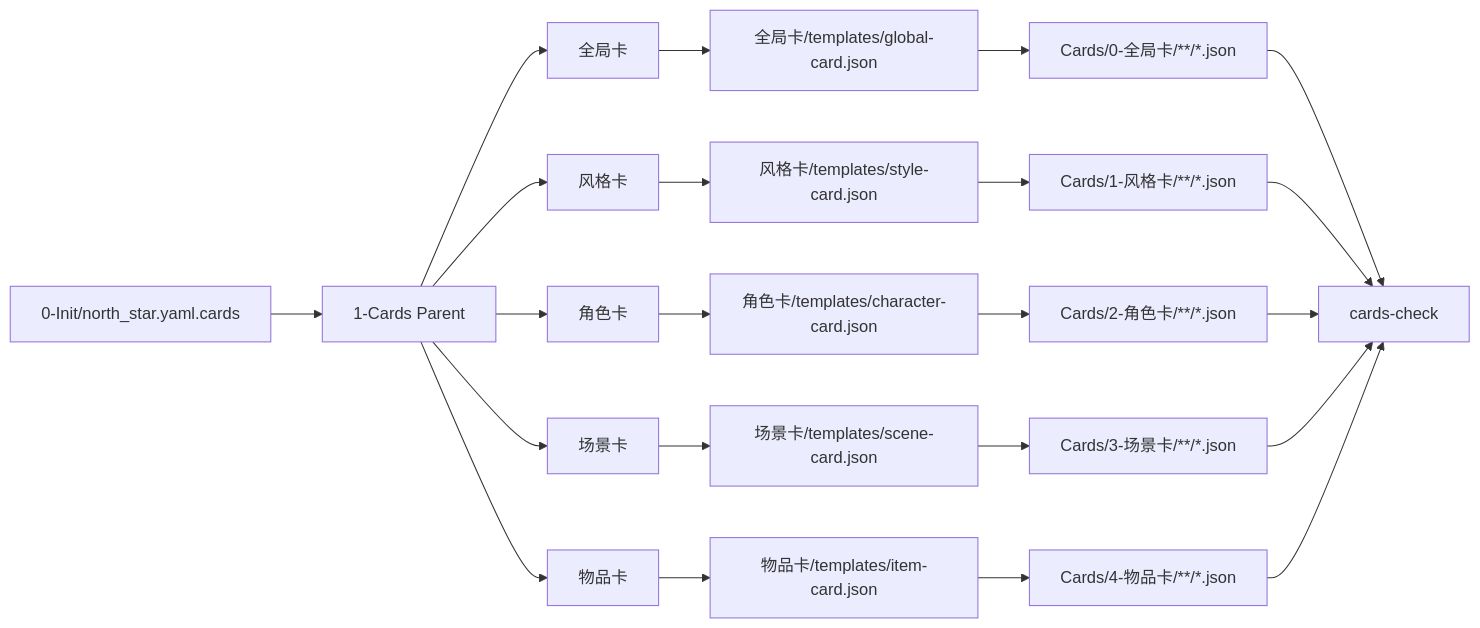
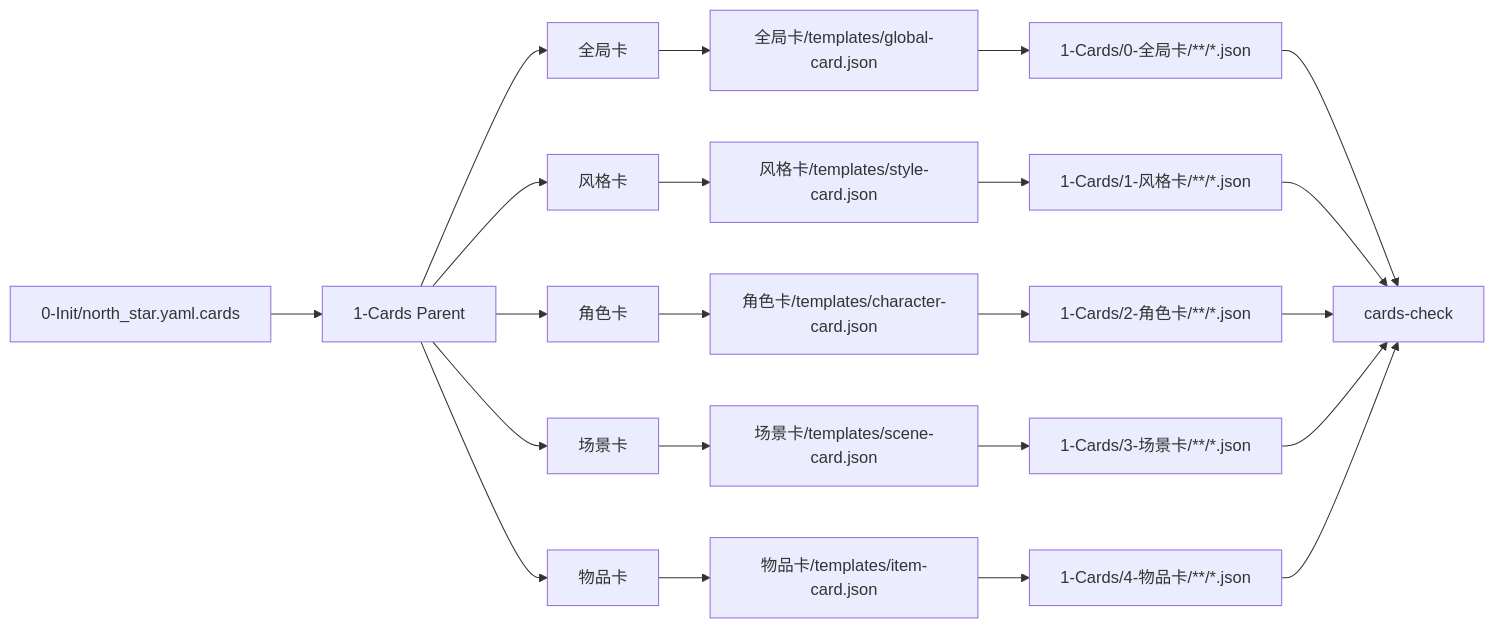
One commit to ZEN-VOID/AI-CUT changed the second of 3 diagrams in .agents/skills/story/1-Cards/SKILL.md. Above: the diagram before and after it, drawn with Mermaid. The commit also changed other lines of this file and 234 other files, not shown here.

````diff
--- a/.agents/skills/story/1-Cards/SKILL.md
+++ b/.agents/skills/story/1-Cards/SKILL.md
@@ -171,24 +171,24 @@
 ```mermaid
 flowchart LR
     A["0-Init/north_star.yaml.cards"] --> B["1-Cards Parent"]
     B --> C["全局卡"]
     B --> D["风格卡"]
     B --> E["角色卡"]
     B --> F["场景卡"]
     B --> G["物品卡"]
     C --> H["全局卡/templates/global-card.json"]
     D --> I["风格卡/templates/style-card.json"]
     E --> J["角色卡/templates/character-card.json"]
     F --> K["场景卡/templates/scene-card.json"]
     G --> L["物品卡/templates/item-card.json"]
-    H --> M["Cards/0-全局卡/**/*.json"]
-    I --> N["Cards/1-风格卡/**/*.json"]
-    J --> O["Cards/2-角色卡/**/*.json"]
-    K --> P["Cards/3-场景卡/**/*.json"]
-    L --> Q["Cards/4-物品卡/**/*.json"]
+    H --> M["1-Cards/0-全局卡/**/*.json"]
+    I --> N["1-Cards/1-风格卡/**/*.json"]
+    J --> O["1-Cards/2-角色卡/**/*.json"]
+    K --> P["1-Cards/3-场景卡/**/*.json"]
+    L --> Q["1-Cards/4-物品卡/**/*.json"]
     M --> R["cards-check"]
     N --> R
     O --> R
     P --> R
     Q --> R
 ```
````
